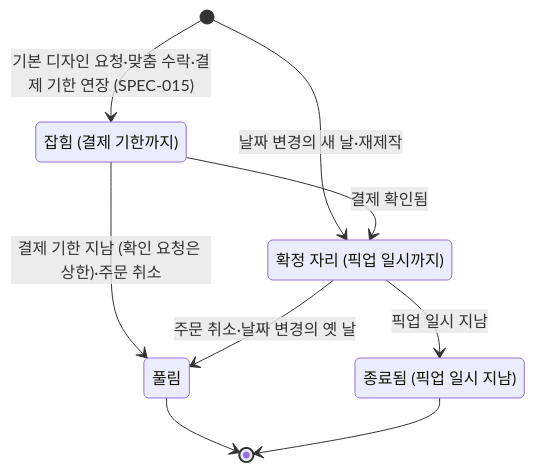
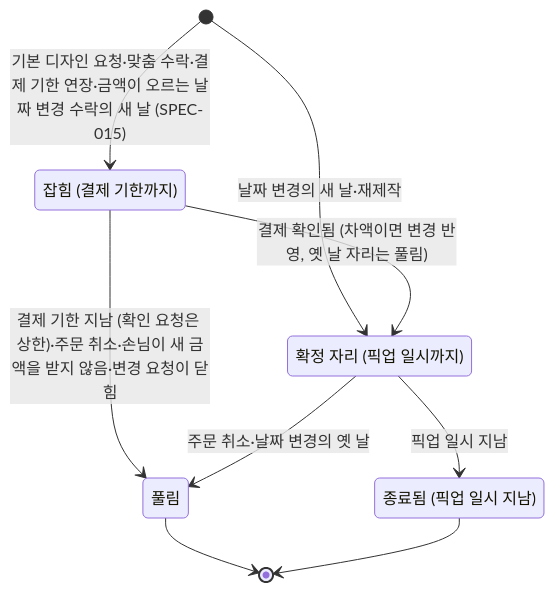
The fourth of 8 diagrams in docs/04-functional-spec/spec.md (kodonghui/siljang.ai), drawn with Mermaid before and after one commit. The commit also changed other lines of this file and 63 other files, not shown here.

````diff
--- a/docs/04-functional-spec/spec.md
+++ b/docs/04-functional-spec/spec.md
@@ -147,15 +149,15 @@
 ```mermaid
 stateDiagram-v2
   state "잡힘 (결제 기한까지)" as held
   state "확정 자리 (픽업 일시까지)" as fixed
   state "풀림" as released
   state "종료됨 (픽업 일시 지남)" as done
-  [*] --> held: 기본 디자인 요청·맞춤 수락·결제 기한 연장 (SPEC-015)
+  [*] --> held: 기본 디자인 요청·맞춤 수락·결제 기한 연장·금액이 오르는 날짜 변경 수락의 새 날 (SPEC-015)
   [*] --> fixed: 날짜 변경의 새 날·재제작
-  held --> fixed: 결제 확인됨
-  held --> released: 결제 기한 지남 (확인 요청은 상한)·주문 취소
+  held --> fixed: 결제 확인됨 (차액이면 변경 반영, 옛 날 자리는 풀림)
+  held --> released: 결제 기한 지남 (확인 요청은 상한)·주문 취소·손님이 새 금액을 받지 않음·변경 요청이 닫힘
   fixed --> released: 주문 취소·날짜 변경의 옛 날
   fixed --> done: 픽업 일시 지남
   released --> [*]
   done --> [*]
 ```
````
